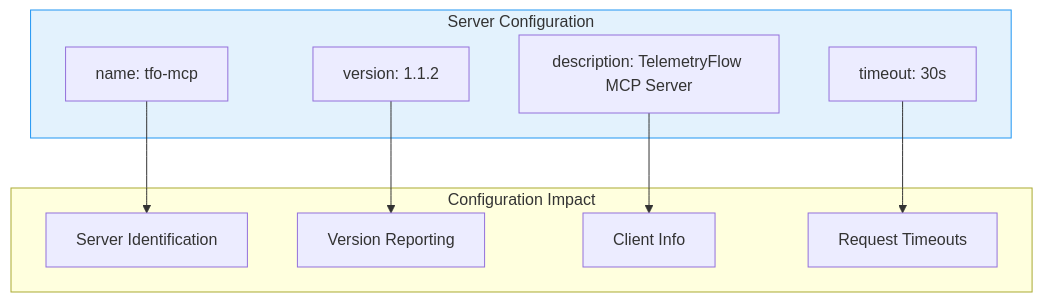
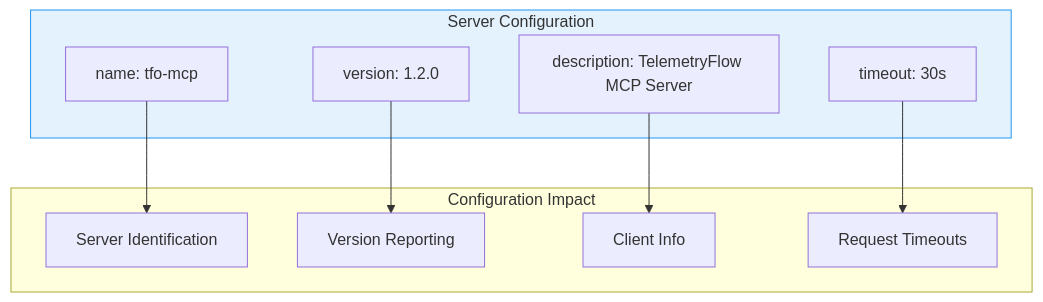
The seventh of 16 diagrams in mcp/CONFIGURATION.md (telemetryflow/telemetryflow-overview), drawn with Mermaid before and after one commit. The commit also changed other lines of this file and 68 other files, not shown here.

````diff
--- a/mcp/CONFIGURATION.md
+++ b/mcp/CONFIGURATION.md
@@ -374,23 +374,23 @@
 ```mermaid
 flowchart TB
     subgraph ServerConfig["Server Configuration"]
         NAME["name: tfo-mcp"]
-        VERSION["version: 1.1.2"]
+        VERSION["version: 1.2.0"]
         DESC["description: TelemetryFlow MCP Server"]
         TIMEOUT["timeout: 30s"]
     end
 
     subgraph Impact["Configuration Impact"]
         I1["Server Identification"]
         I2["Version Reporting"]
         I3["Client Info"]
         I4["Request Timeouts"]
     end
 
     NAME --> I1
     VERSION --> I2
     DESC --> I3
     TIMEOUT --> I4
 
     style ServerConfig fill:#e3f2fd,stroke:#2196f3
 ```
````
